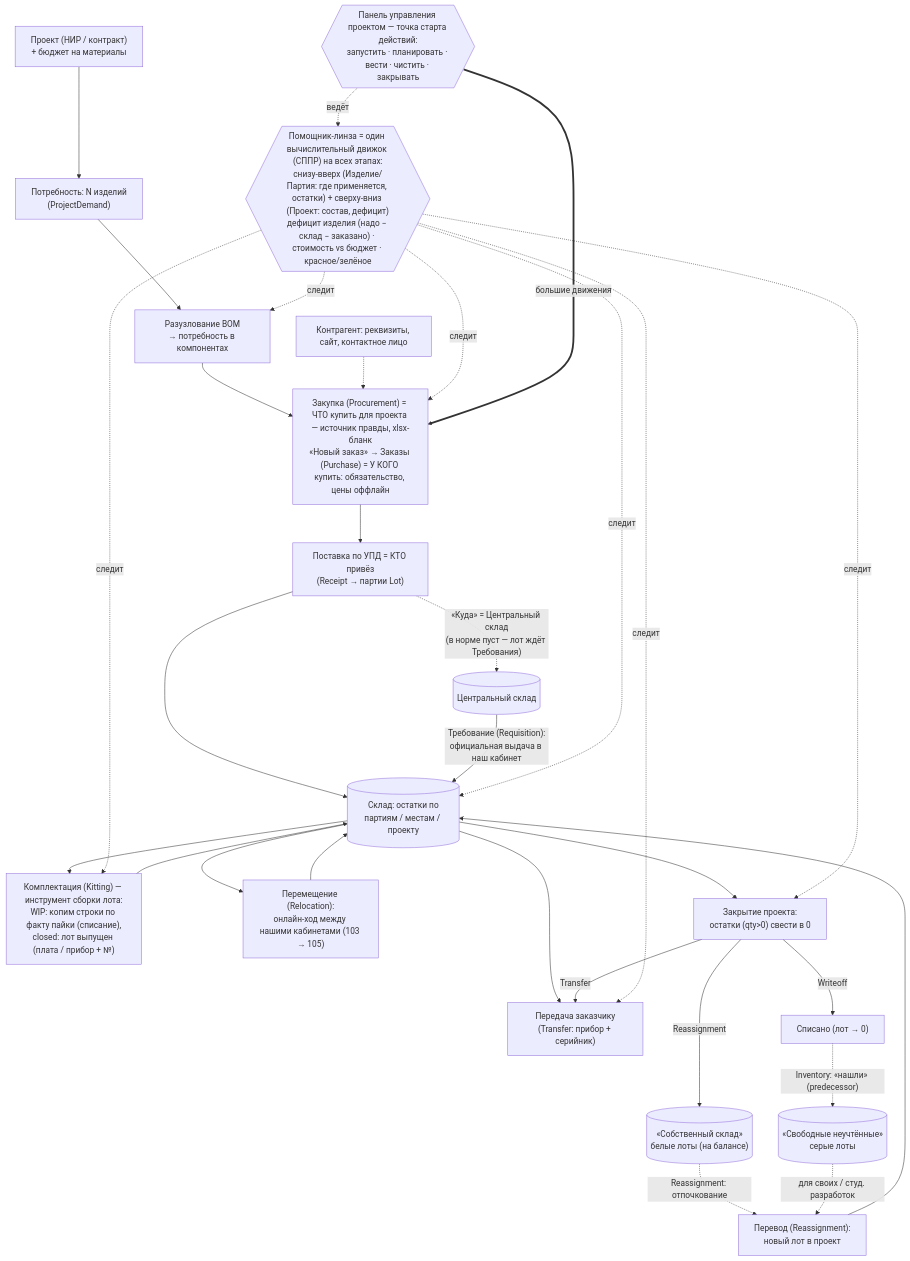
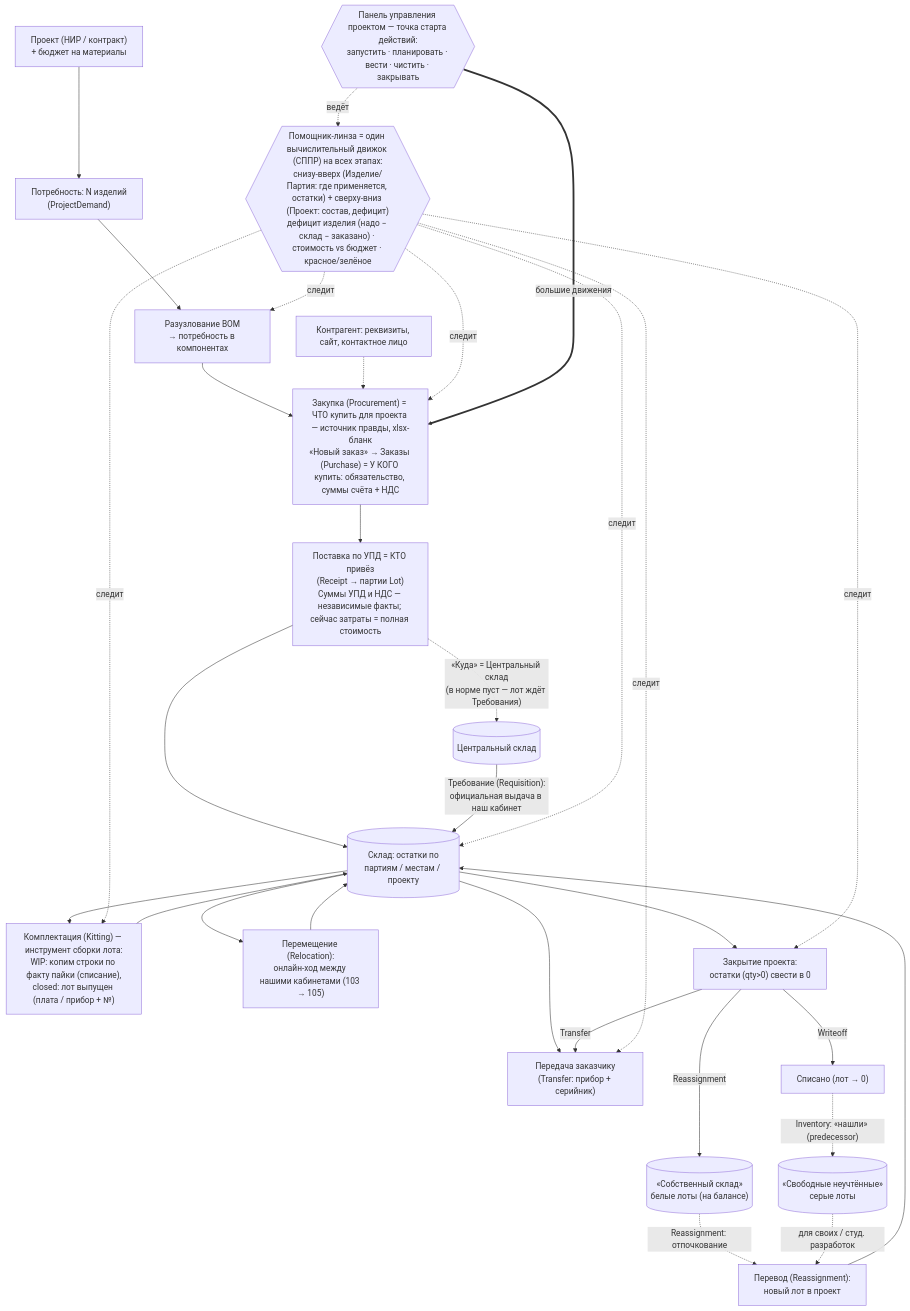
One commit to ivanpotylitcyn/plume changed the first of 2 diagrams in README.md. Above: the diagram before and after it, drawn with Mermaid. The commit also changed other lines of this file and 17 other files, not shown here.

````diff
--- a/README.md
+++ b/README.md
@@ -145,39 +145,39 @@
 ```mermaid
 flowchart TD
   P["Проект (НИР / контракт)<br/>+ бюджет на материалы"] --> D["Потребность: N изделий<br/>(ProjectDemand)"]
   D --> B["Разузлование BOM<br/>→ потребность в компонентах"]
-  B --> ORD["Закупка (Procurement) = ЧТО купить для проекта — источник правды, xlsx-бланк<br/>«Новый заказ» → Заказы (Purchase) = У КОГО купить: обязательство, цены оффлайн"]
+  B --> ORD["Закупка (Procurement) = ЧТО купить для проекта — источник правды, xlsx-бланк<br/>«Новый заказ» → Заказы (Purchase) = У КОГО купить: обязательство, суммы счёта + НДС"]
   CP["Контрагент: реквизиты, сайт, контактное лицо"] -.-> ORD
-  ORD --> UPD["Поставка по УПД = КТО привёз<br/>(Receipt → партии Lot)"]
+  ORD --> UPD["Поставка по УПД = КТО привёз<br/>(Receipt → партии Lot)<br/>Суммы УПД и НДС — независимые факты; сейчас затраты = полная стоимость"]
   UPD --> W
 
   UPD -.->|"«Куда» = Центральный склад<br/>(в норме пуст — лот ждёт Требования)"| CS[("Центральный склад")]
   CS -->|"Требование (Requisition):<br/>официальная выдача в наш кабинет"| W
   W[("Склад: остатки по<br/>партиям / местам / проекту")]
   W --> KIT["Комплектация (Kitting) — инструмент сборки лота:<br/>WIP: копим строки по факту пайки (списание),<br/>closed: лот выпущен (плата / прибор + №)"]
   KIT --> W
   W --> REL["Перемещение (Relocation):<br/>онлайн-ход между нашими кабинетами (103 → 105)"]
   REL --> W
   W --> T["Передача заказчику<br/>(Transfer: прибор + серийник)"]
 
   W --> CLOSE["Закрытие проекта:<br/>остатки (qty>0) свести в 0"]
   CLOSE -->|Transfer| T
   CLOSE -->|Writeoff| WOFF["Списано (лот → 0)"]
   CLOSE -->|Reassignment| WHITE[("«Собственный склад»<br/>белые лоты (на балансе)")]
   WOFF -.->|"Inventory: «нашли» (predecessor)"| GRAY[("«Свободные неучтённые»<br/>серые лоты")]
 
   WHITE -.->|"Reassignment: отпочкование"| REQ["Перевод (Reassignment):<br/>новый лот в проект"]
   GRAY -.->|"для своих / студ. разработок"| REQ
   REQ --> W
 
   LENS{{"Помощник-линза = один вычислительный движок (СППР) на всех этапах:<br/>снизу-вверх (Изделие/Партия: где применяется, остатки) + сверху-вниз (Проект: состав, дефицит)<br/>дефицит изделия (надо − склад − заказано) · стоимость vs бюджет · красное/зелёное"}}
   DASH{{"Панель управления проектом — точка старта действий:<br/>запустить · планировать · вести · чистить · закрывать"}}
   LENS -. следит .-> B
   LENS -. следит .-> ORD
   LENS -. следит .-> W
   LENS -. следит .-> KIT
   LENS -. следит .-> T
   LENS -. следит .-> CLOSE
   DASH -. ведёт .-> LENS
   DASH ==>|"большие движения"| ORD
 ```
````
